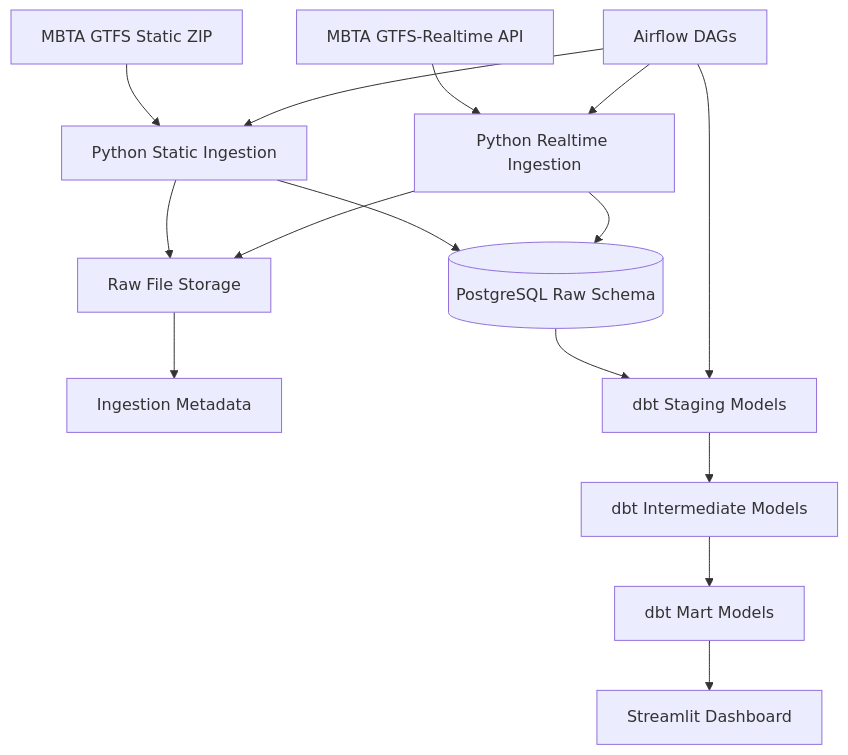
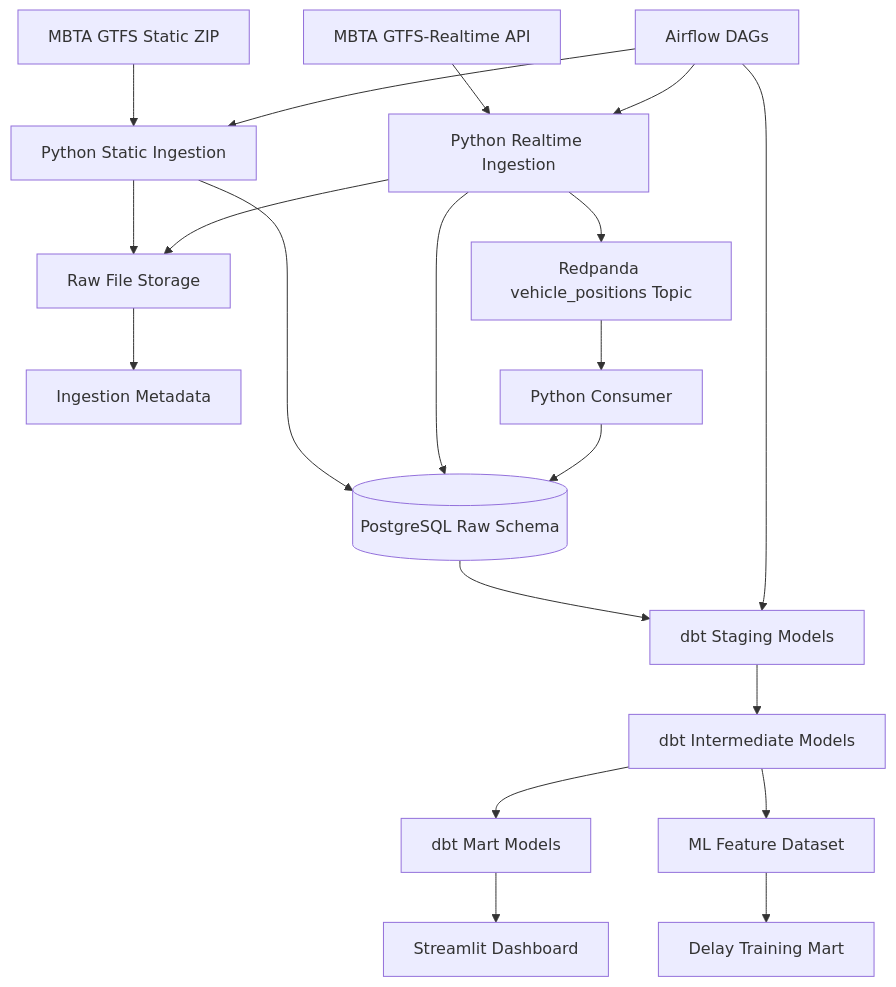
One commit to rahulrb99/transit-data-platform changed the diagram in docs/architecture.md. Above: the diagram before and after it, drawn with Mermaid. The commit also changed other lines of this file and 23 other files, not shown here.

Commit message:
Add delay prediction training dataset

````diff
--- a/docs/architecture.md
+++ b/docs/architecture.md
@@ -3,17 +3,22 @@
 ```mermaid
 flowchart TD
     A[MBTA GTFS Static ZIP] --> B[Python Static Ingestion]
     C[MBTA GTFS-Realtime API] --> D[Python Realtime Ingestion]
     B --> E[Raw File Storage]
     D --> E
     E --> F[Ingestion Metadata]
     B --> G[(PostgreSQL Raw Schema)]
     D --> G
+    D --> M[Redpanda vehicle_positions Topic]
+    M --> N[Python Consumer]
+    N --> G
     G --> H[dbt Staging Models]
     H --> I[dbt Intermediate Models]
     I --> J[dbt Mart Models]
+    I --> O[ML Feature Dataset]
+    O --> P[Delay Training Mart]
     J --> K[Streamlit Dashboard]
     L[Airflow DAGs] --> B
     L --> D
     L --> H
 ```
````
